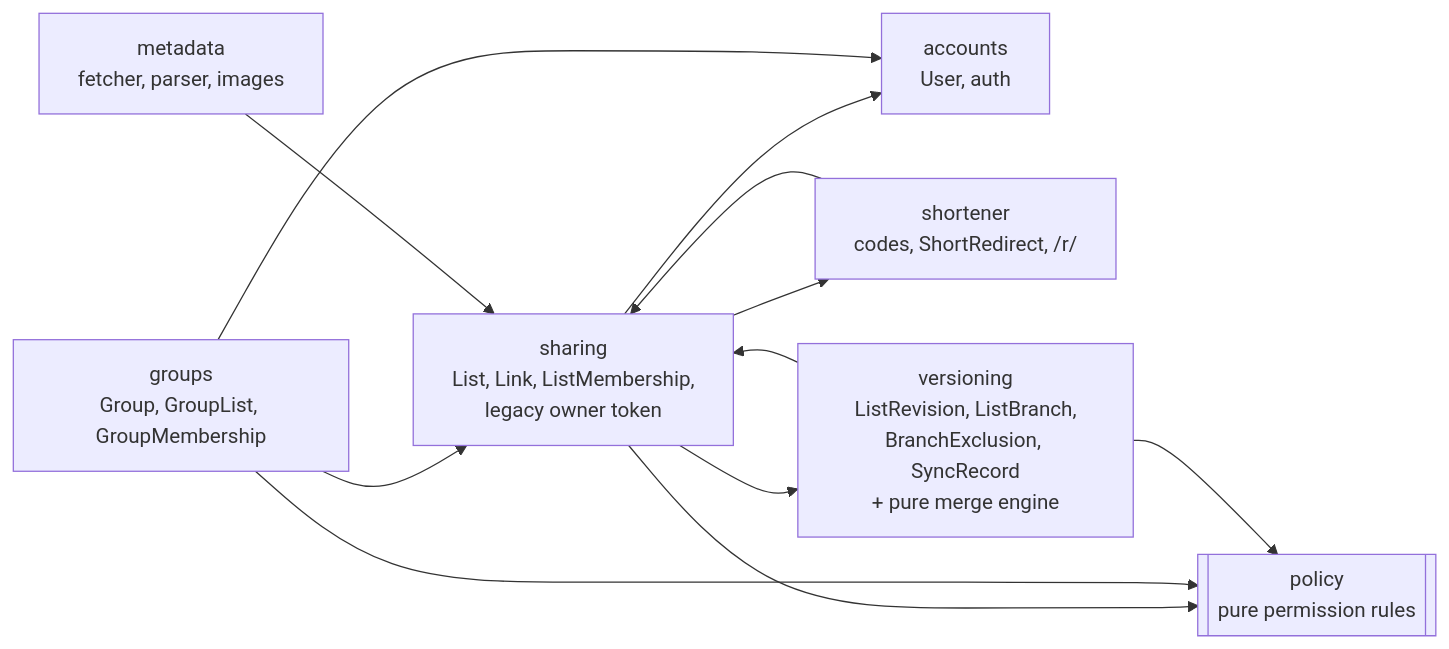
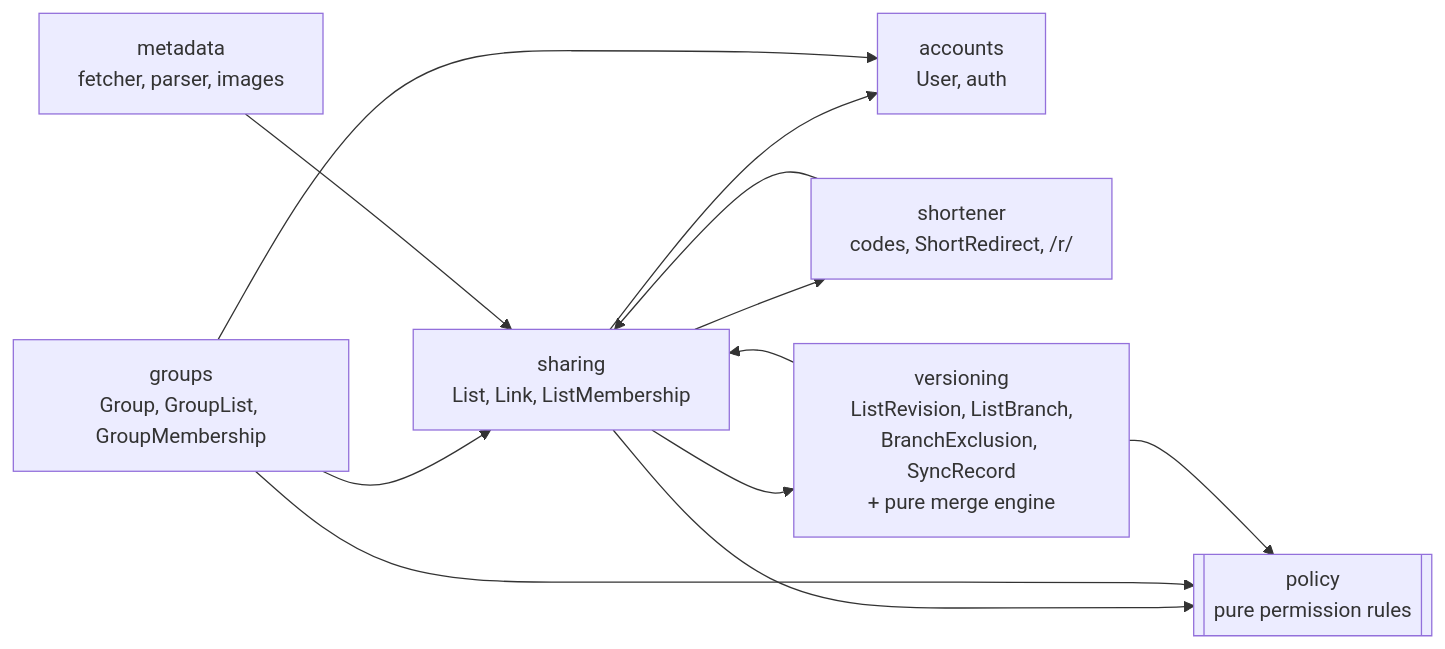
The first of 2 diagrams in docs/v2/04-DOMAIN-MODEL.md (flokos/listlinkedin), drawn with Mermaid before and after one commit. The commit also changed other lines of this file and 35 other files, not shown here.

````diff
--- a/docs/v2/04-DOMAIN-MODEL.md
+++ b/docs/v2/04-DOMAIN-MODEL.md
@@ -13,21 +13,21 @@
 ```mermaid
 flowchart LR
   accounts[accounts<br/>User, auth]
-  sharing[sharing<br/>List, Link, ListMembership,<br/>legacy owner token]
+  sharing[sharing<br/>List, Link, ListMembership]
   shortener[shortener<br/>codes, ShortRedirect, /r/]
   groups[groups<br/>Group, GroupList, GroupMembership]
   versioning[versioning<br/>ListRevision, ListBranch,<br/>BranchExclusion, SyncRecord<br/>+ pure merge engine]
   metadata[metadata<br/>fetcher, parser, images]
   policy[[policy<br/>pure permission rules]]
   sharing --> shortener
   shortener --> sharing
   groups --> sharing
   versioning --> sharing
   sharing --> versioning
   metadata --> sharing
   sharing --> policy
   groups --> policy
   versioning --> policy
   sharing --> accounts
   groups --> accounts
 ```
````
